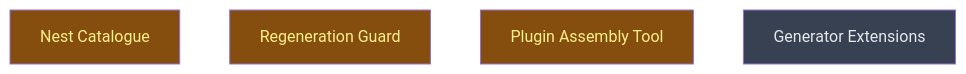
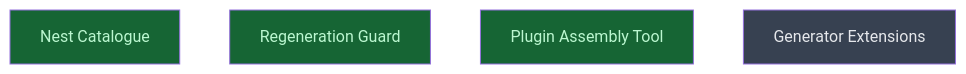
Before and after one commit to CrackingShells/cracking-shells-playbook: the diagram in __roadmap__/agent_plugin_nest/README.md, drawn with Mermaid. The commit also changed other lines of this file and 2 other files, not shown here.

Commit message:
chore(roadmap): close level 0 and assign the gaps verification found
All three level-0 leaves are done. Two gaps came out of adversarial review and
now have named owners rather than sitting unattributed:

- The drift gate iterates the plugins/ directories that already exist, so a
  declared plugin whose directory is missing passes green. Proven empirically
  during verification. playbook_plugins now owns fixing it, because that is
  where plugin.spec.json is born and becomes the authoritative list.
- generator_reshape records an explicit non-goal: leave the example spec's
  marketplace declarations alone. colgrep-mcp is not hub-mode until the
  nest_migration campaign lands, and the example must keep matching the
  repository it claims to regenerate until then.

Integration review of the level: assembling the Rust-carrying skill produces
28 files and no target/ directory, release metadata is excluded, and SKILL.md
lands at the path Nest's git-subdir entries expect. The seam between the
packaging fix and the assembly tool holds.

````diff
--- a/__roadmap__/agent_plugin_nest/README.md
+++ b/__roadmap__/agent_plugin_nest/README.md
@@ -37,12 +37,12 @@
 ```mermaid
 graph TD
-    nest_catalogue[Nest Catalogue]:::inprogress
-    regeneration_guard[Regeneration Guard]:::inprogress
-    plugin_assembly_tool[Plugin Assembly Tool]:::inprogress
+    nest_catalogue[Nest Catalogue]:::done
+    regeneration_guard[Regeneration Guard]:::done
+    plugin_assembly_tool[Plugin Assembly Tool]:::done
     generator[Generator Extensions]:::planned
     classDef done       fill:#166534,color:#bbf7d0
     classDef inprogress fill:#854d0e,color:#fef08a
     classDef planned    fill:#374151,color:#e5e7eb
     classDef amendment  fill:#1e3a5f,color:#bfdbfe
     classDef blocked    fill:#7f1d1d,color:#fecaca
 ```
````
